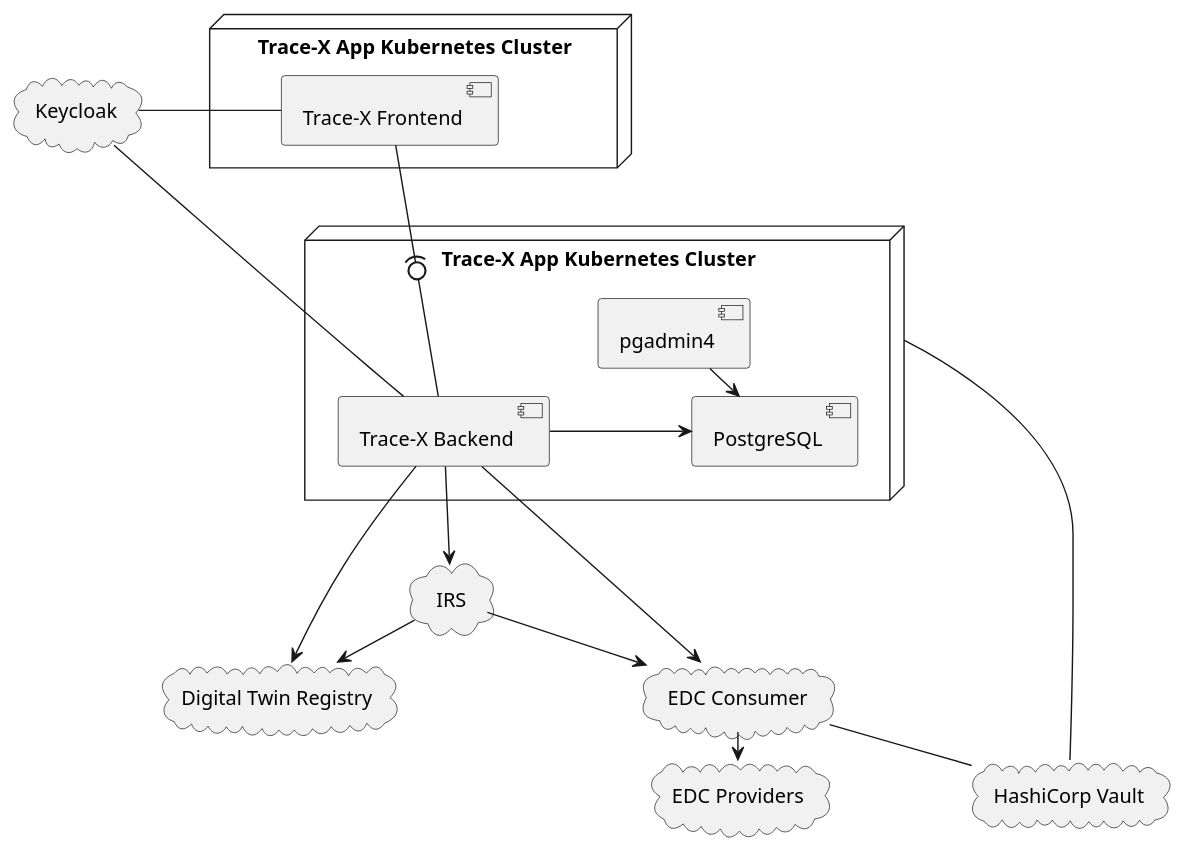
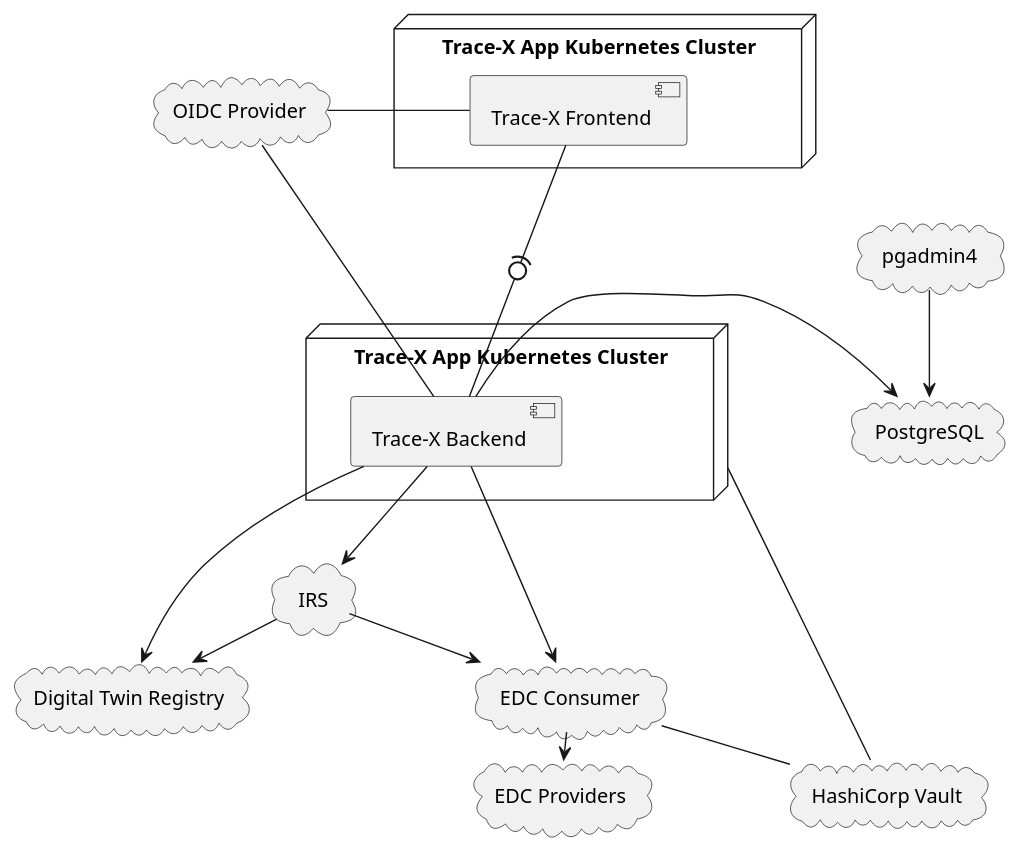
Before and after one commit to eclipse-tractusx/traceability-foss: the diagram in docs/src/uml-diagrams/arc42/deployment-view/level-0-int.puml, drawn with PlantUML. The commit also changed 18 other files, not shown here.

```diff
--- a/docs/src/uml-diagrams/arc42/deployment-view/level-0-int.puml
+++ b/docs/src/uml-diagrams/arc42/deployment-view/level-0-int.puml
@@ -1,46 +1,47 @@
 @startuml
 skinparam monochrome true
 skinparam shadowing false
 skinparam nodesep 100
 skinparam ranksep 20
 
-cloud Keycloak
+cloud "OIDC Provider" as oidc
 cloud "Digital Twin Registry" as dtr
 cloud "EDC Providers" as providers
 cloud IRS
 cloud "HashiCorp Vault" as vault
 cloud  "EDC Consumer" as consumer
+
+cloud PostgreSQL
+cloud pgadmin4
+
+
 
 node "Trace-X App Kubernetes Cluster" as k8sfe {
 	component "Trace-X Frontend" as TraceXFrontend
 
 }
 
 
 node "Trace-X App Kubernetes Cluster" as k8sbe {
 
     component "Trace-X Backend" as TraceXBackend
 
-    component PostgreSQL
-    component pgadmin4
-
-
     TraceXBackend -> PostgreSQL
     TraceXBackend --> consumer
     TraceXBackend ---> IRS
     IRS -->  consumer
     pgadmin4 --> PostgreSQL
 
 }
 
 TraceXFrontend --(0-- TraceXBackend
 
-Keycloak - TraceXFrontend
-Keycloak - TraceXBackend
+oidc - TraceXFrontend
+oidc - TraceXBackend
 TraceXBackend -> dtr
 IRS --> dtr
 consumer --> providers
 consumer -- vault
 k8sbe -- vault
 
 @enduml
```
